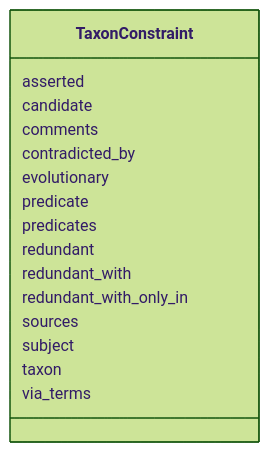
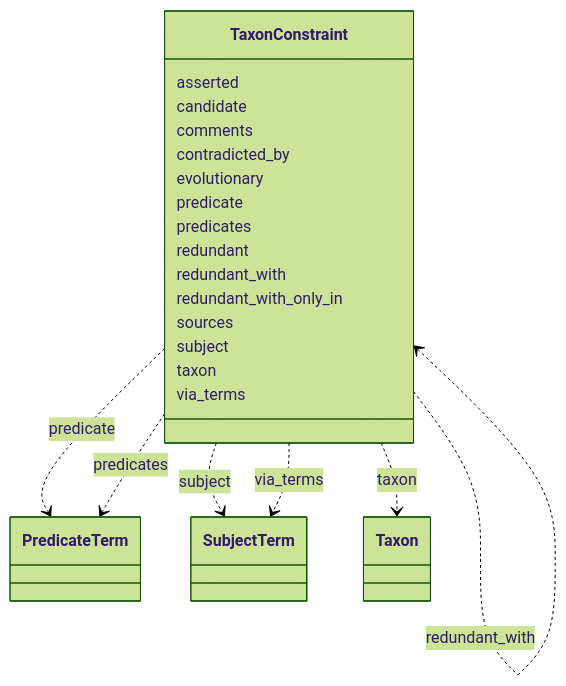
One commit to INCATools/ontology-access-kit changed the diagram in taxon-constraints/TaxonConstraint.md. Above: the diagram before and after it, drawn with Mermaid (forest theme). The commit also changed other lines of this file and 1783 other files, not shown here.

````diff
--- a/taxon-constraints/TaxonConstraint.md
+++ b/taxon-constraints/TaxonConstraint.md
@@ -11,19 +11,47 @@
 ```{mermaid}
  classDiagram
     class TaxonConstraint
       TaxonConstraint : asserted
+        
       TaxonConstraint : candidate
+        
       TaxonConstraint : comments
+        
       TaxonConstraint : contradicted_by
+        
+          TaxonConstraint ..> TaxonConstraint : contradicted_by
+        
       TaxonConstraint : evolutionary
+        
       TaxonConstraint : predicate
+        
+          TaxonConstraint ..> PredicateTerm : predicate
+        
       TaxonConstraint : predicates
+        
+          TaxonConstraint ..> PredicateTerm : predicates
+        
       TaxonConstraint : redundant
+        
       TaxonConstraint : redundant_with
+        
+          TaxonConstraint ..> TaxonConstraint : redundant_with
+        
       TaxonConstraint : redundant_with_only_in
+        
       TaxonConstraint : sources
+        
       TaxonConstraint : subject
+        
+          TaxonConstraint ..> SubjectTerm : subject
+        
       TaxonConstraint : taxon
+        
+          TaxonConstraint ..> Taxon : taxon
+        
       TaxonConstraint : via_terms
+        
+          TaxonConstraint ..> SubjectTerm : via_terms
+        
       
 ```
````
